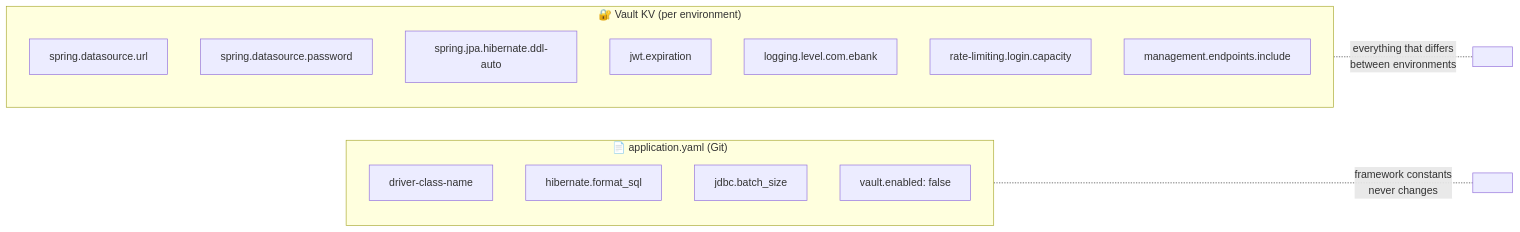
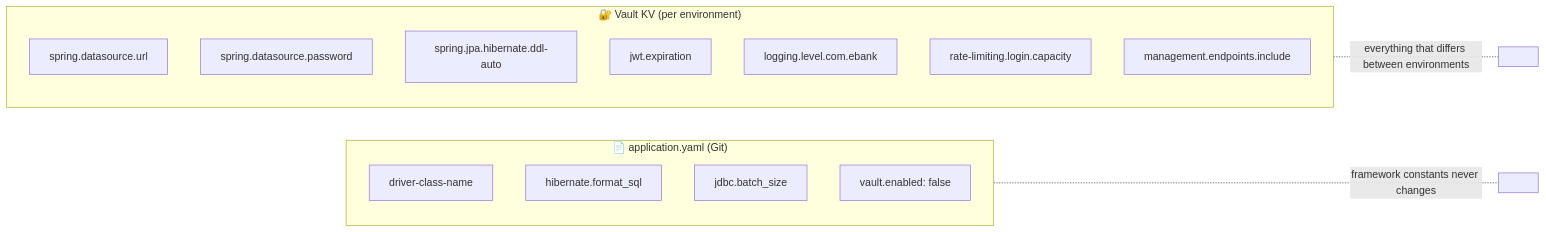
Diagram 14 of 34 in ebank-monolith/doc/KNOWLEDGE_BASE.md (Samlogy/ebank-app), drawn with Mermaid before and after one commit. The commit also changed other lines of this file and 3 other files, not shown here.

````diff
--- a/ebank-monolith/doc/KNOWLEDGE_BASE.md
+++ b/ebank-monolith/doc/KNOWLEDGE_BASE.md
@@ -435,22 +435,22 @@
 ```mermaid
 graph LR
     subgraph YAML["📄 application.yaml (Git)"]
         Y1["driver-class-name"]
         Y2["hibernate.format_sql"]
         Y3["jdbc.batch_size"]
         Y4["vault.enabled: false"]
     end
 
     subgraph VAULT["🔐 Vault KV (per environment)"]
         V1["spring.datasource.url"]
         V2["spring.datasource.password"]
         V3["spring.jpa.hibernate.ddl-auto"]
         V4["jwt.expiration"]
         V5["logging.level.com.ebank"]
         V6["rate-limiting.login.capacity"]
         V7["management.endpoints.include"]
     end
 
-    YAML -. "framework constants\nnever changes" .- X1[" "]
-    VAULT -. "everything that differs\nbetween environments" .- X2[" "]
+    YAML -. "framework constants never changes" .- X1[" "]
+    VAULT -. "everything that differs between environments" .- X2[" "]
 ```
````
